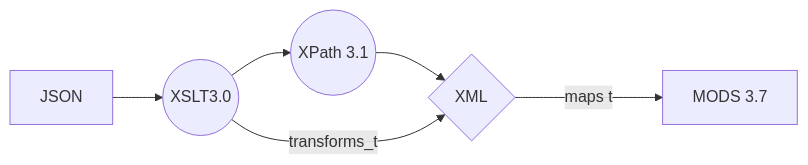
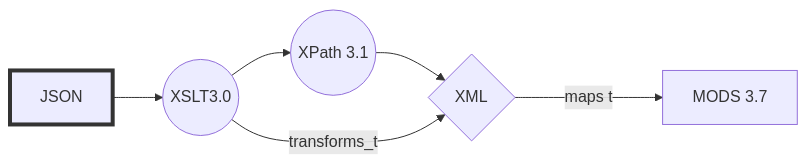
The second of 4 diagrams in ReadMe.md (CarlosMartinez-USDA/json-to-xml), drawn with Mermaid before and after one commit. The commit also changed other lines of this file, not shown here.

````diff
--- a/ReadMe.md
+++ b/ReadMe.md
@@ -22,7 +22,8 @@
 ```mermaid
 graph LR
 A[JSON] --> B((XSLT3.0))
 B-->B.1((XPath 3.1))-->C
 B --transforms_to--> C{XML}
 C --maps to--> D[MODS 3.7]
+style A D fill:#f9f,stroke:#333,stroke-width:4px 
 ```
````
